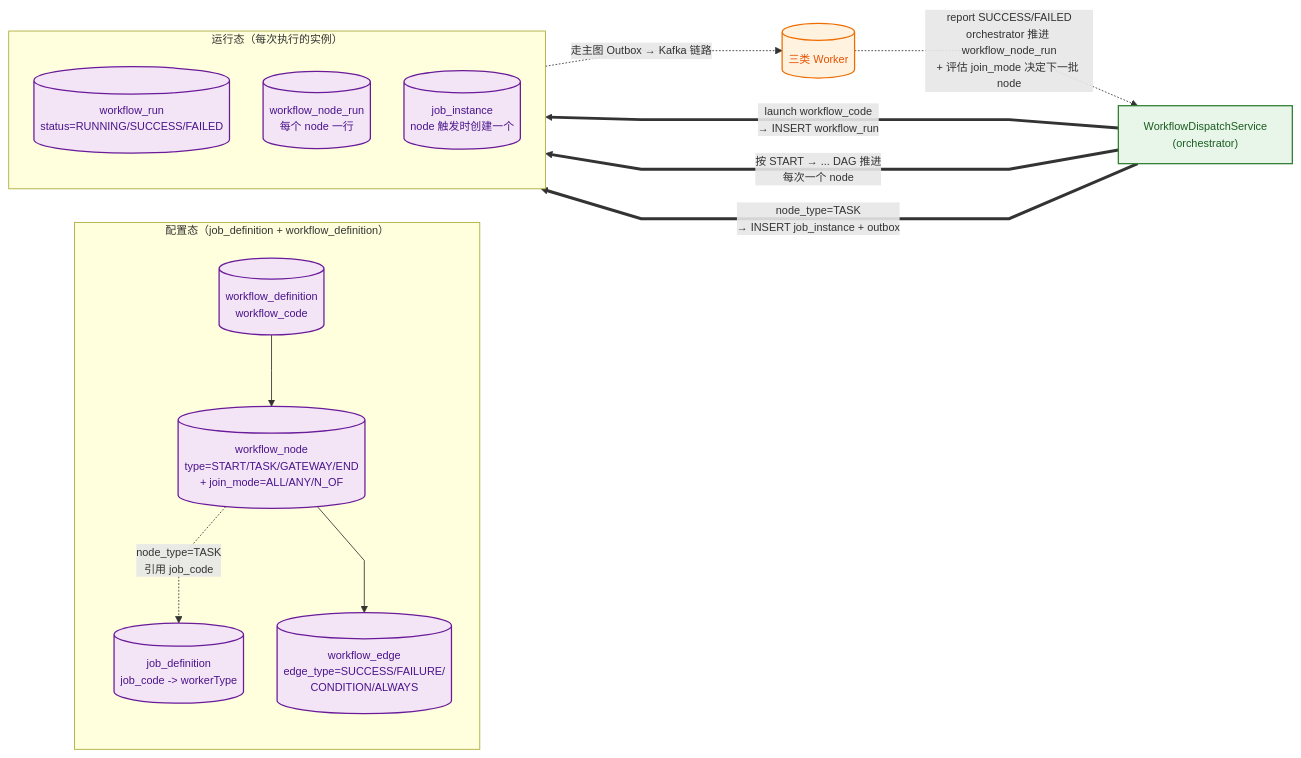
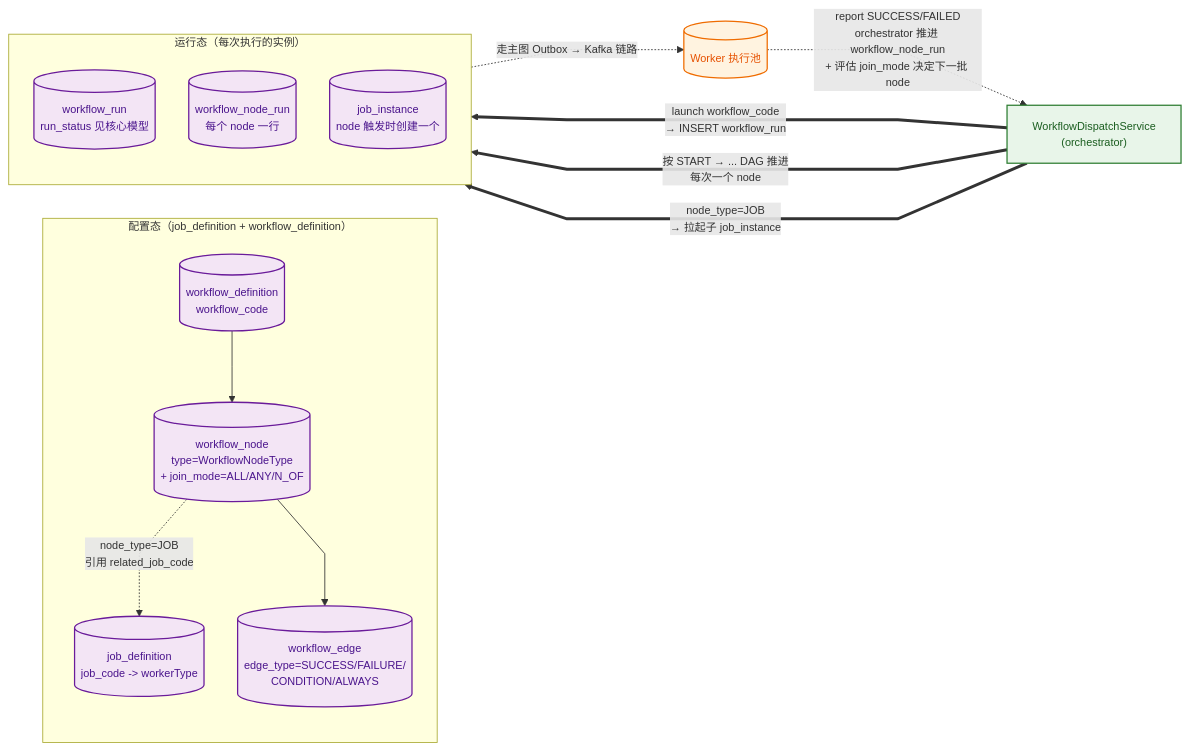
The fifth of 20 diagrams in docs/architecture/system-flow-overview.md (pinpols/file-batch-system), drawn with Mermaid before and after one commit. The commit also changed other lines of this file and 29 other files, not shown here.

````diff
--- a/docs/architecture/system-flow-overview.md
+++ b/docs/architecture/system-flow-overview.md
@@ -368,35 +368,35 @@
 ```mermaid
 %%{init: {'flowchart': {'curve': 'linear', 'nodeSpacing': 40, 'rankSpacing': 60, 'htmlLabels': true}, 'themeVariables': {'fontSize': '13px'}}}%%
 flowchart LR
   subgraph DEF ["配置态（job_definition + workflow_definition）"]
     direction TB
     JD[("job_definition<br/>job_code -> workerType")]:::store
     WD[(workflow_definition<br/>workflow_code)]:::store
-    WN[(workflow_node<br/>type=START/TASK/GATEWAY/END<br/>+ join_mode=ALL/ANY/N_OF)]:::store
+    WN[(workflow_node<br/>type=WorkflowNodeType<br/>+ join_mode=ALL/ANY/N_OF)]:::store
     WE[(workflow_edge<br/>edge_type=SUCCESS/FAILURE/<br/>CONDITION/ALWAYS)]:::store
   end
 
   subgraph RUN ["运行态（每次执行的实例）"]
     direction TB
-    WR[(workflow_run<br/>status=RUNNING/SUCCESS/FAILED)]:::store
+    WR[(workflow_run<br/>run_status 见核心模型)]:::store
     WNR[(workflow_node_run<br/>每个 node 一行)]:::store
     JI[(job_instance<br/>node 触发时创建一个)]:::store
   end
 
   ENG["WorkflowDispatchService<br/>(orchestrator)"]:::svc
-  WORKER[(三类 Worker)]:::worker
+  WORKER[(Worker 执行池)]:::worker
 
   WD --> WN
   WN --> WE
-  WN -.->|"node_type=TASK<br/>引用 job_code"| JD
+  WN -.->|"node_type=JOB<br/>引用 related_job_code"| JD
 
   ENG ==>|"launch workflow_code<br/>→ INSERT workflow_run"| WR
   ENG ==>|"按 START → ... DAG 推进<br/>每次一个 node"| WNR
-  ENG ==>|"node_type=TASK<br/>→ INSERT job_instance + outbox"| JI
+  ENG ==>|"node_type=JOB<br/>→ 拉起子 job_instance"| JI
   JI -. "走主图 Outbox → Kafka 链路" .-> WORKER
   WORKER -. "report SUCCESS/FAILED<br/>orchestrator 推进 workflow_node_run<br/>+ 评估 join_mode 决定下一批 node" .-> ENG
 
   classDef svc     fill:#e8f5e9,stroke:#2e7d32,stroke-width:1.5px,color:#1b5e20;
   classDef worker  fill:#fff3e0,stroke:#ef6c00,stroke-width:1.5px,color:#e65100;
   classDef store   fill:#f3e5f5,stroke:#6a1b9a,stroke-width:1.5px,color:#4a148c;
 ```
````
